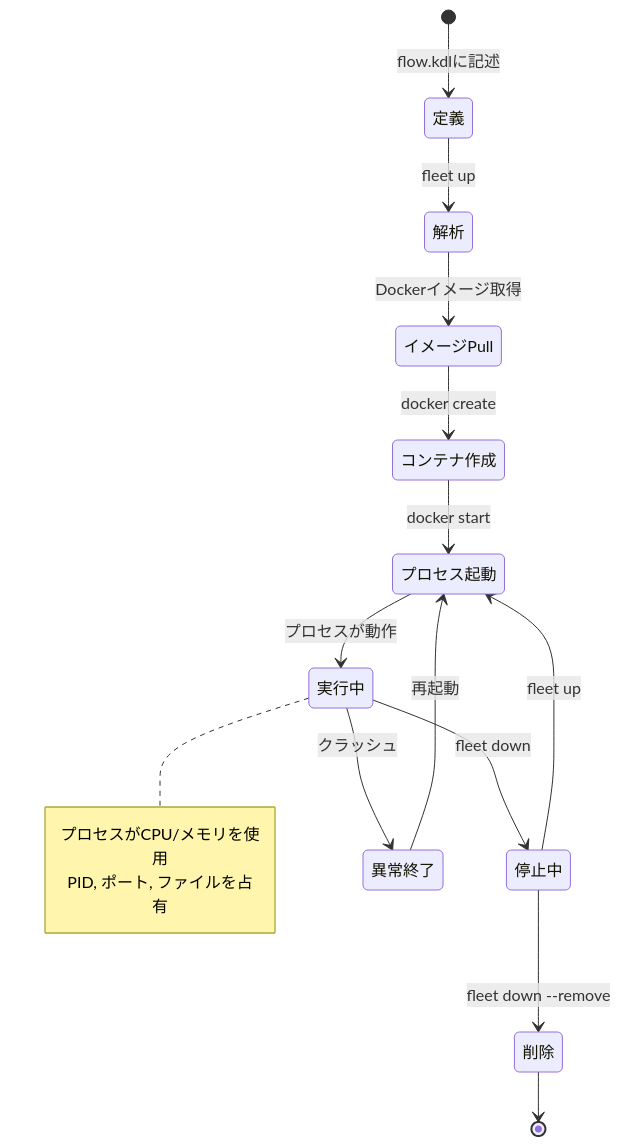
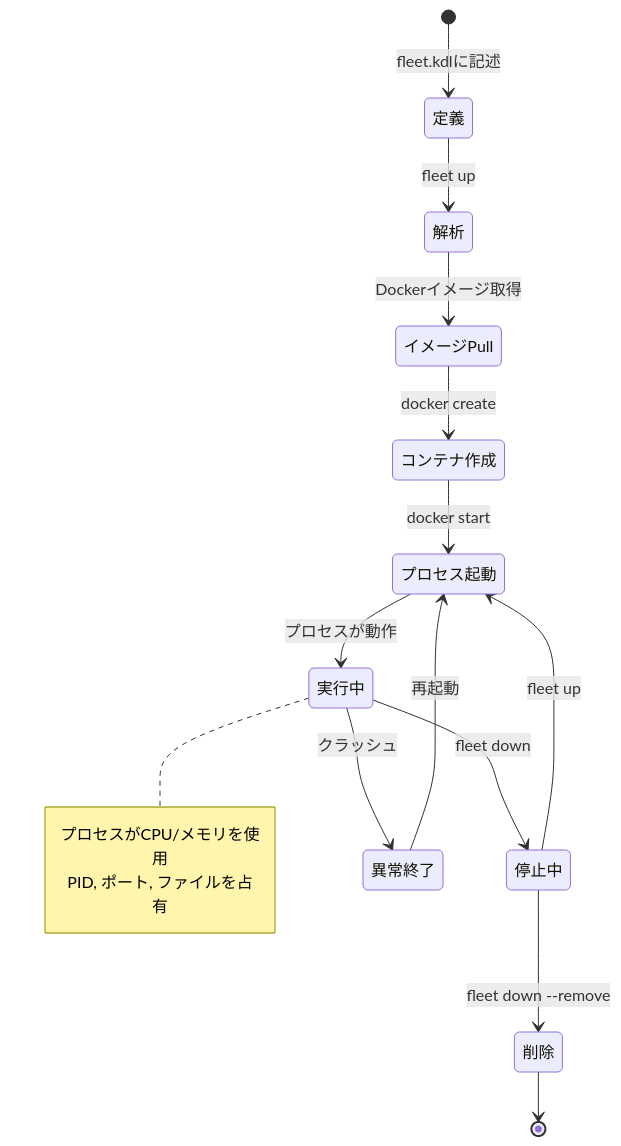
The fourth of 4 diagrams in spec/01-core-concepts.md (chronista-club/fleetflow), drawn with Mermaid before and after one commit. The commit also changed other lines of this file and 44 other files, not shown here.

````diff
--- a/spec/01-core-concepts.md
+++ b/spec/01-core-concepts.md
@@ -84,23 +84,23 @@
 ```mermaid
 stateDiagram-v2
-    [*] --> 定義: flow.kdlに記述
+    [*] --> 定義: fleet.kdlに記述
     定義 --> 解析: fleet up
     解析 --> イメージPull: Dockerイメージ取得
     イメージPull --> コンテナ作成: docker create
     コンテナ作成 --> プロセス起動: docker start
     プロセス起動 --> 実行中: プロセスが動作
 
     実行中 --> 停止中: fleet down
     停止中 --> プロセス起動: fleet up
 
     実行中 --> 異常終了: クラッシュ
     異常終了 --> プロセス起動: 再起動
 
     停止中 --> 削除: fleet down --remove
     削除 --> [*]
 
     note right of 実行中
         プロセスがCPU/メモリを使用
         PID, ポート, ファイルを占有
     end note
 ```
````
